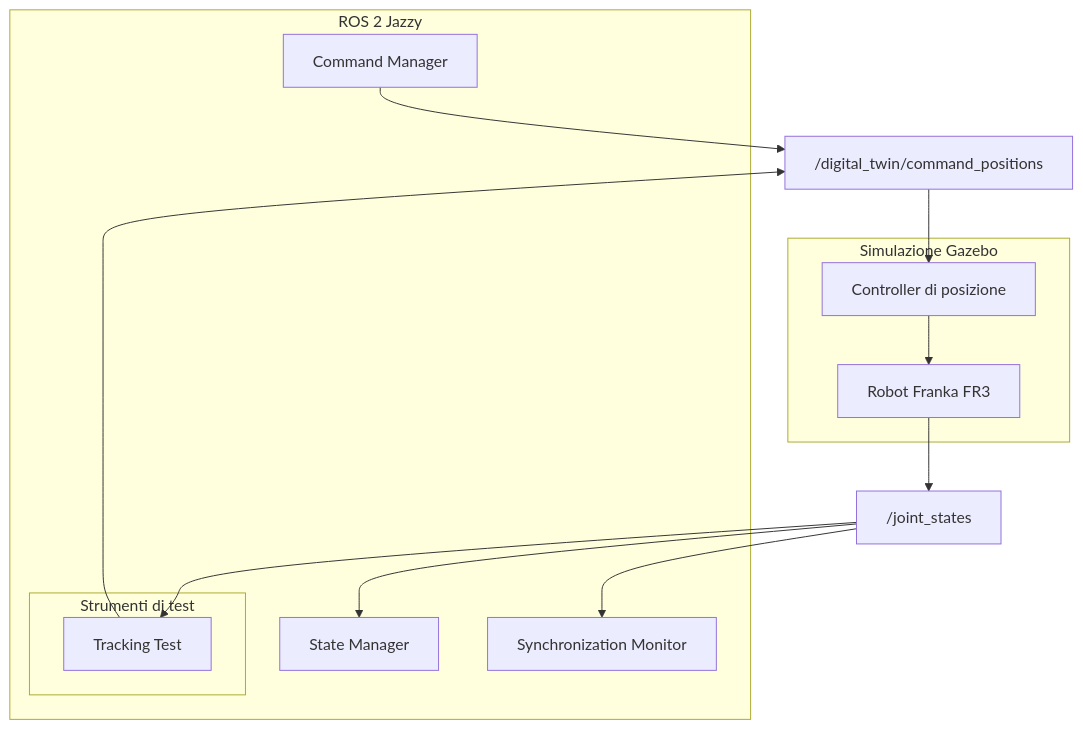
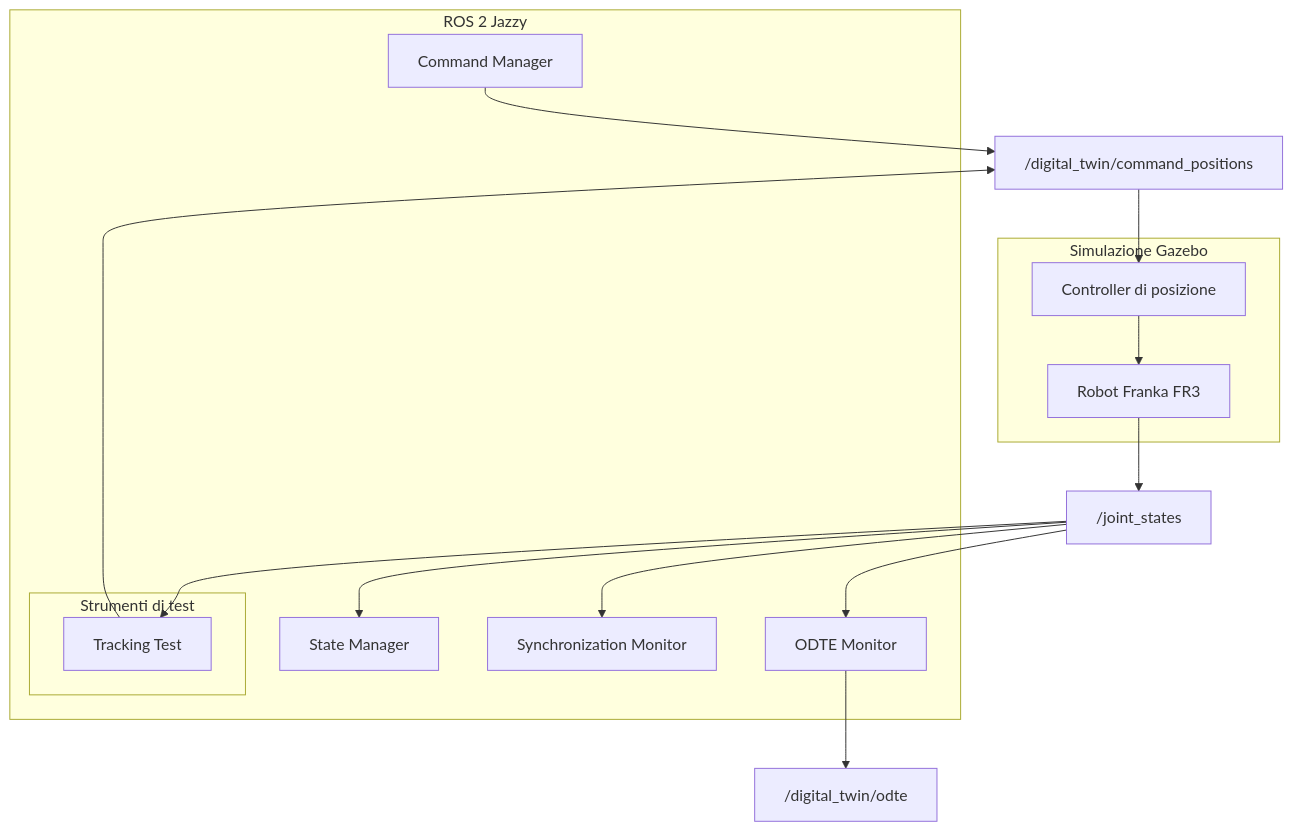
One commit to chiarabrignani/franka_digital_twin changed the diagram in docs/architecture.md. Above: the diagram before and after it, drawn with Mermaid. The commit also changed other lines of this file and 3 other files, not shown here.

Commit message:
Update Digital Twin documentation and add ODTE monitor

````diff
--- a/docs/architecture.md
+++ b/docs/architecture.md
@@ -37,31 +43,36 @@
 ```mermaid
 flowchart TD
     subgraph ROS2["ROS 2 Jazzy"]
         CM["Command Manager"]
         SM["State Manager"]
         SYNC["Synchronization Monitor"]
+        ODTE["ODTE Monitor"]
 
         subgraph TESTS["Strumenti di test"]
             TT["Tracking Test"]
         end
     end
 
     CMD["/digital_twin/command_positions"]
     JS["/joint_states"]
+    ODTE_TOPIC["/digital_twin/odte"]
 
     subgraph SIM["Simulazione Gazebo"]
         CTRL["Controller di posizione"]
         FR3["Robot Franka FR3"]
     end
 
     CM --> CMD
     CMD --> CTRL
     CTRL --> FR3
     FR3 --> JS
 
     JS --> SM
     JS --> SYNC
+    JS --> ODTE
+
+    ODTE --> ODTE_TOPIC
 
     TT --> CMD
     JS --> TT
 ```
````
